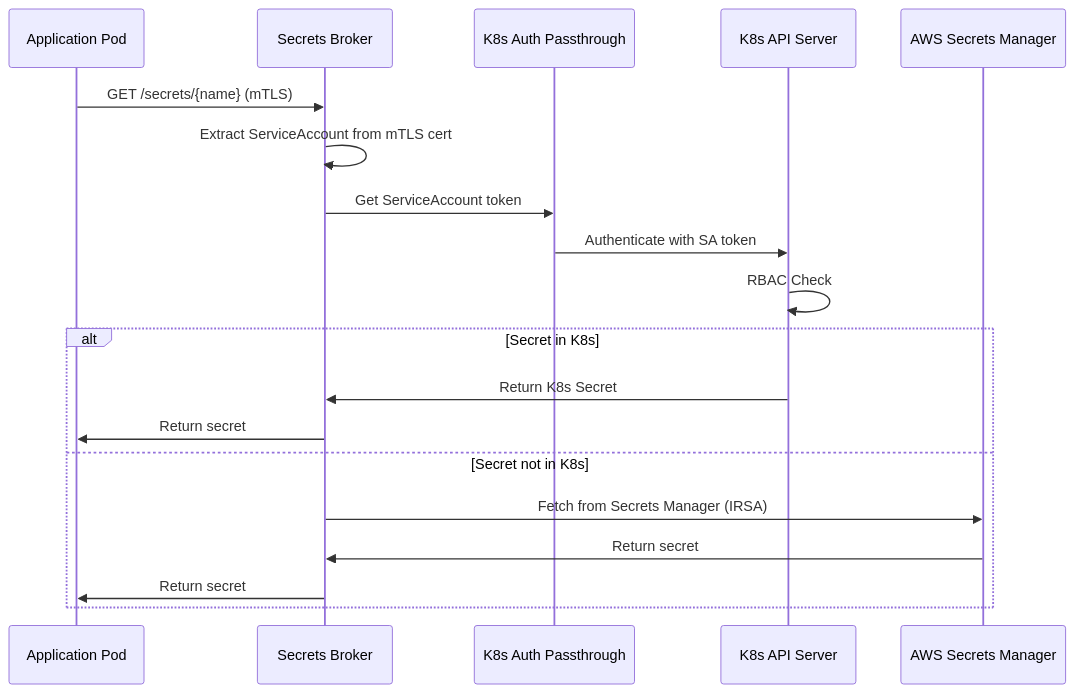
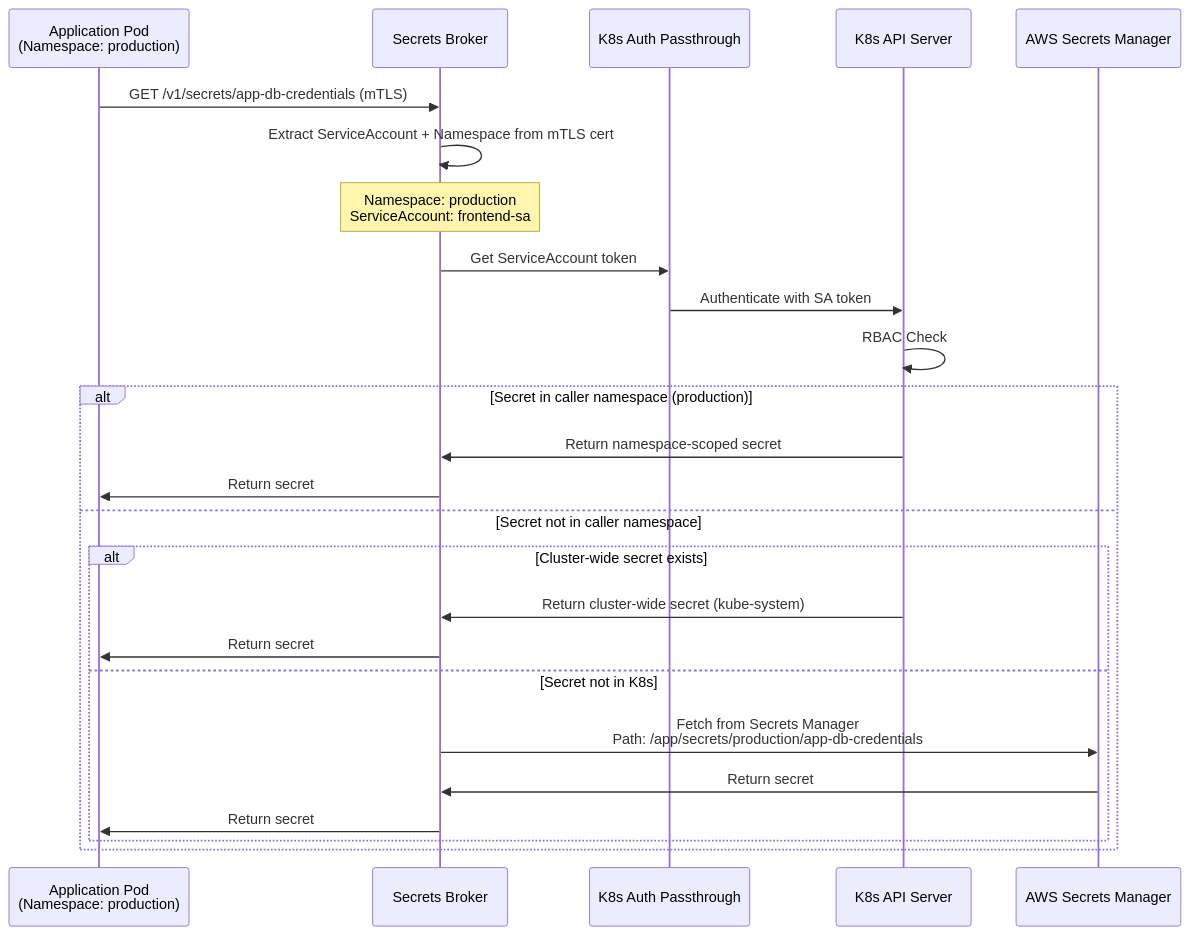
One commit to caretak3r/secrets-router changed the second of 11 diagrams in ADR.md. Above: the diagram before and after it, drawn with Mermaid. The commit also changed other lines of this file, not shown here.

Commit message:
docs: update ADR to include scoped secrets

````diff
--- a/ADR.md
+++ b/ADR.md
@@ -82,22 +83,29 @@
 ```mermaid
 sequenceDiagram
-    participant App as Application Pod
+    participant App as Application Pod<br/>(Namespace: production)
     participant SB as Secrets Broker
     participant Auth as K8s Auth Passthrough
     participant K8S as K8s API Server
     participant AWS as AWS Secrets Manager
     
-    App->>SB: GET /secrets/{name} (mTLS)
-    SB->>SB: Extract ServiceAccount from mTLS cert
+    App->>SB: GET /v1/secrets/app-db-credentials (mTLS)
+    SB->>SB: Extract ServiceAccount + Namespace from mTLS cert
+    Note over SB: Namespace: production<br/>ServiceAccount: frontend-sa
     SB->>Auth: Get ServiceAccount token
     Auth->>K8S: Authenticate with SA token
     K8S->>K8S: RBAC Check
-    alt Secret in K8s
-        K8S->>SB: Return K8s Secret
+    
+    alt Secret in caller namespace (production)
+        K8S->>SB: Return namespace-scoped secret
         SB->>App: Return secret
-    else Secret not in K8s
-        SB->>AWS: Fetch from Secrets Manager (IRSA)
-        AWS->>SB: Return secret
-        SB->>App: Return secret
+    else Secret not in caller namespace
+        alt Cluster-wide secret exists
+            K8S->>SB: Return cluster-wide secret (kube-system)
+            SB->>App: Return secret
+        else Secret not in K8s
+            SB->>AWS: Fetch from Secrets Manager<br/>Path: /app/secrets/production/app-db-credentials
+            AWS->>SB: Return secret
+            SB->>App: Return secret
+        end
     end
 ```
````
